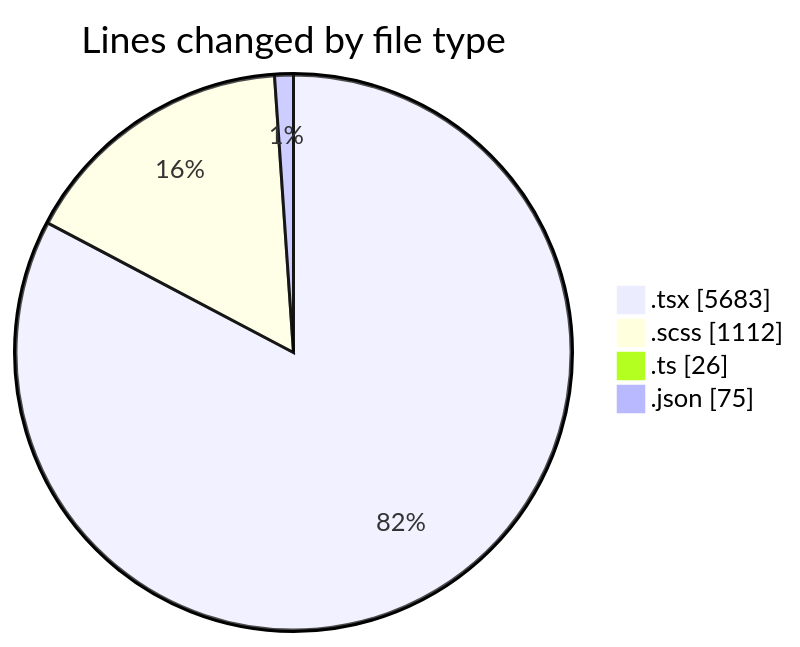
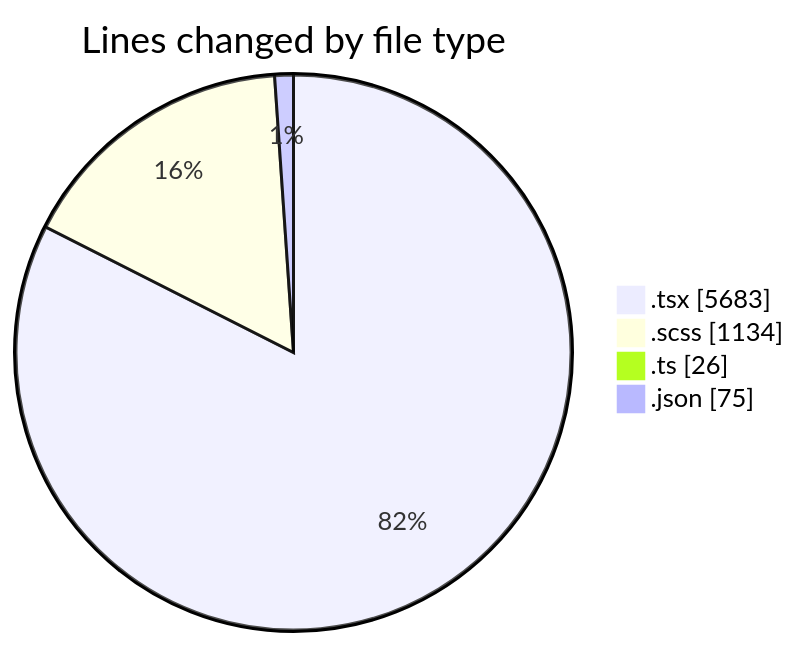
One commit to momahboobian/code-tracking changed the first of 2 diagrams in 2025-04-09/cda/README.md. Above: the diagram before and after it, drawn with Mermaid. The commit also changed other lines of this file and 1 other file, not shown here.

````diff
--- a/2025-04-09/cda/README.md
+++ b/2025-04-09/cda/README.md
@@ -43,8 +43,8 @@
 ```mermaid
 pie showData
 title Lines changed by file type
 ".tsx" : 5683
-".scss" : 1112
+".scss" : 1134
 ".ts" : 26
 ".json" : 75
 ```
````
